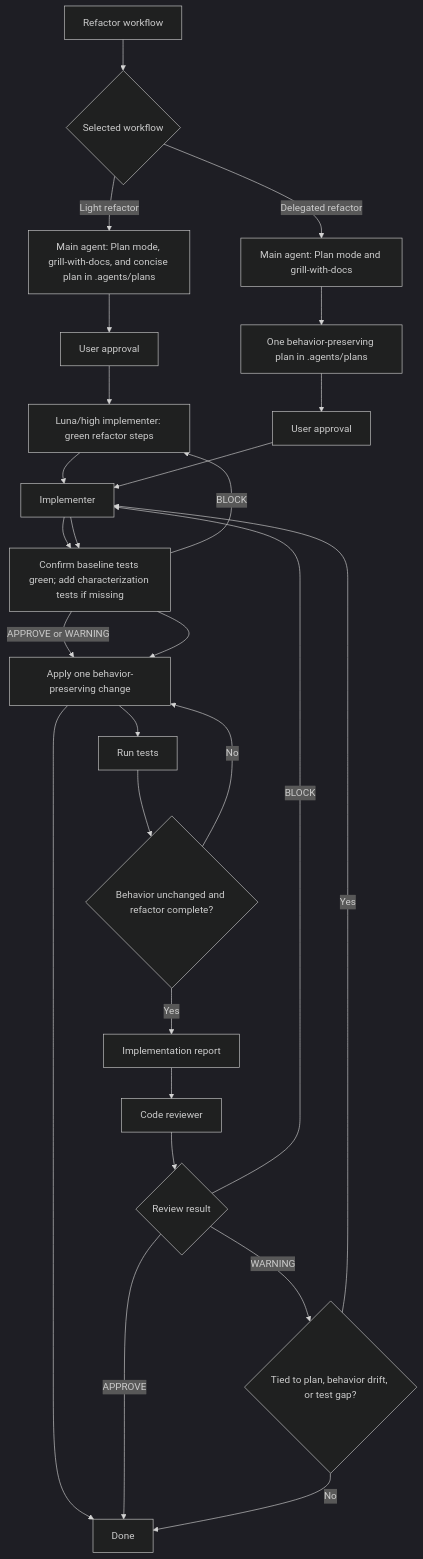
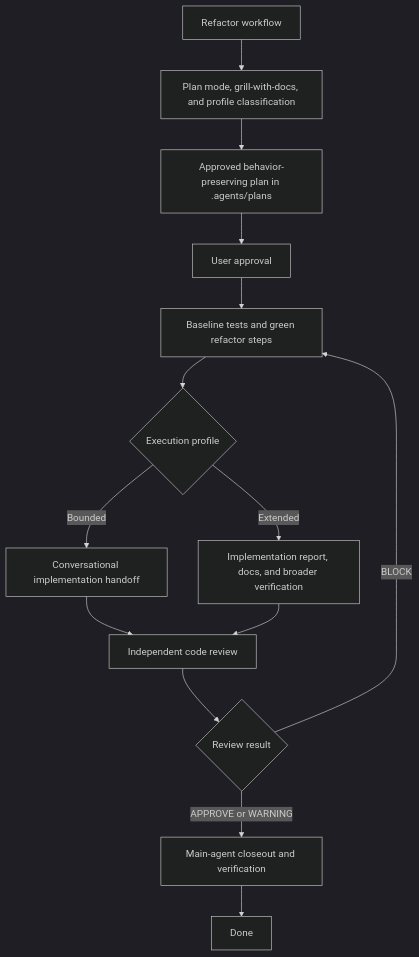
The third of 4 diagrams in README.md (aloilor/lean-coding-agent), drawn with Mermaid (dark theme) before and after one commit. The commit also changed other lines of this file and 17 other files, not shown here.

Commit message:
refactor(workflows): unify bounded and extended skills

````diff
--- a/README.md
+++ b/README.md
@@ -96,29 +82,16 @@
 ```mermaid
 flowchart TD
-    A[Refactor workflow] --> B{Selected workflow}
-    B -->|Light refactor| C[Main agent: Plan mode, grill-with-docs, and concise plan in .agents/plans]
+    A[Refactor workflow] --> B[Plan mode, grill-with-docs, and profile classification]
+    B --> C[Approved behavior-preserving plan in .agents/plans]
     C --> D[User approval]
-    D --> E[Luna/high implementer: green refactor steps]
-    E --> F[Luna/extra-high code reviewer]
-    F --> G{Review result}
-    G -->|BLOCK| E
-    G -->|APPROVE or WARNING| H[Main-agent closeout and verification]
-    H --> O[Done]
-    B -->|Delegated refactor| P[Main agent: Plan mode and grill-with-docs]
-    P --> Q[One behavior-preserving plan in .agents/plans]
-    Q --> S[User approval]
-    S --> F[Implementer]
-    F --> G[Confirm baseline tests green; add characterization tests if missing]
-    G --> H[Apply one behavior-preserving change]
-    H --> I[Run tests]
-    I --> J{Behavior unchanged and refactor complete?}
-    J -->|No| H
-    J -->|Yes| K[Implementation report]
-    K --> L[Code reviewer]
-    L --> M{Review result}
-    M -->|APPROVE| O
-    M -->|BLOCK| F
-    M -->|WARNING| T{Tied to plan, behavior drift, or test gap?}
-    T -->|Yes| F
-    T -->|No| O
+    D --> E[Baseline tests and green refactor steps]
+    E --> F{Execution profile}
+    F -->|Bounded| G[Conversational implementation handoff]
+    F -->|Extended| H[Implementation report, docs, and broader verification]
+    G --> I[Independent code review]
+    H --> I
+    I --> J{Review result}
+    J -->|BLOCK| E
+    J -->|APPROVE or WARNING| K[Main-agent closeout and verification]
+    K --> L[Done]
 ```
````
